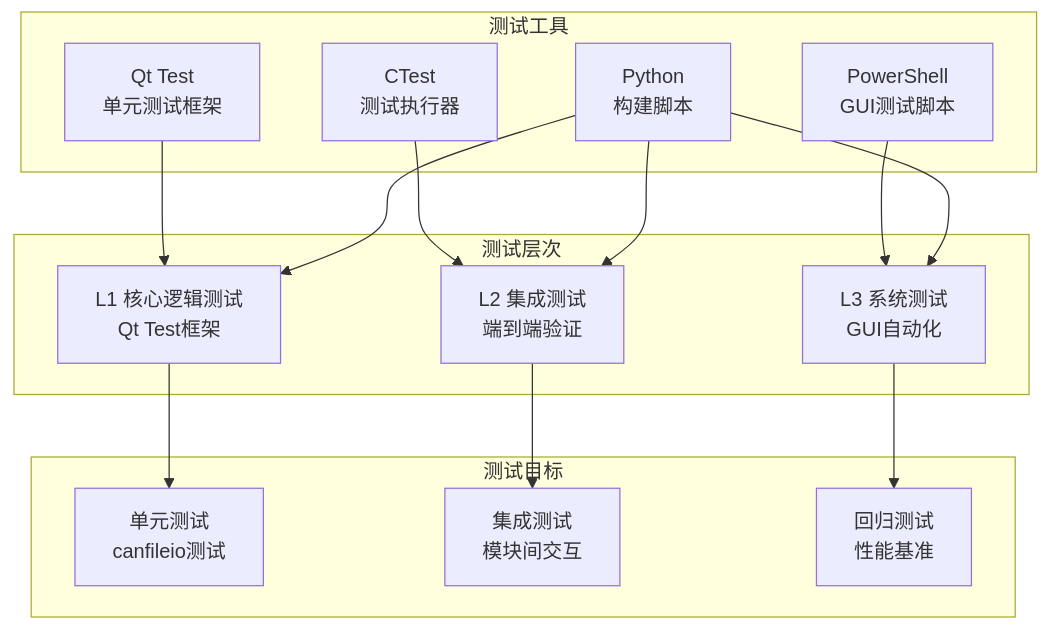
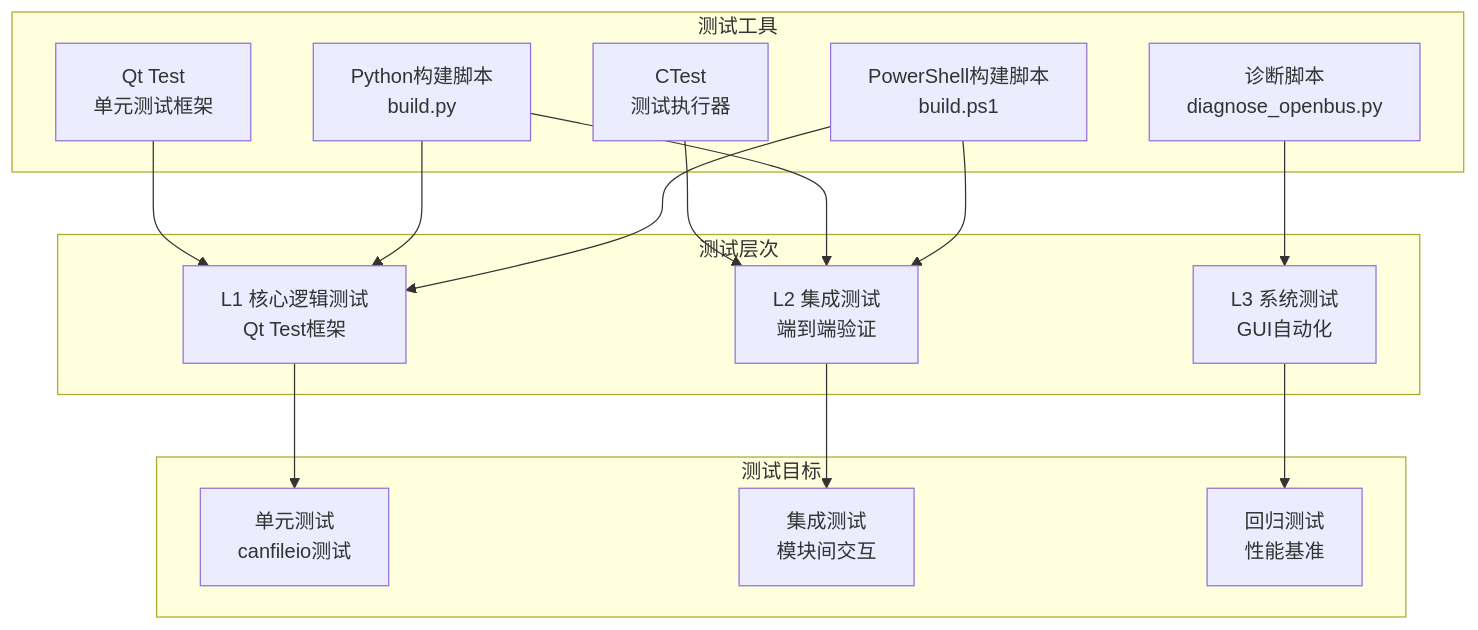
One commit to jakecai1225-design/OpenBus changed the third of 4 diagrams in .qoder/repowiki/zh/content/开发指南/开发指南.md. Above: the diagram before and after it, drawn with Mermaid. The commit also changed other lines of this file and 151 other files, not shown here.

````diff
--- a/.qoder/repowiki/zh/content/开发指南/开发指南.md
+++ b/.qoder/repowiki/zh/content/开发指南/开发指南.md
@@ -565,28 +598,30 @@
 ```mermaid
 graph TB
 subgraph "测试层次"
 L1["L1 核心逻辑测试<br/>Qt Test框架"]
 L2["L2 集成测试<br/>端到端验证"]
 L3["L3 系统测试<br/>GUI自动化"]
 end
 subgraph "测试工具"
 QTTEST["Qt Test<br/>单元测试框架"]
 CTEST["CTest<br/>测试执行器"]
-PS["PowerShell<br/>GUI测试脚本"]
-PY["Python<br/>构建脚本"]
+PY_BUILD["Python构建脚本<br/>build.py"]
+PS_BUILD["PowerShell构建脚本<br/>build.ps1"]
+DIAG["诊断脚本<br/>diagnose_openbus.py"]
 end
 subgraph "测试目标"
 UNIT["单元测试<br/>canfileio测试"]
 INTEGRATION["集成测试<br/>模块间交互"]
 REGRESSION["回归测试<br/>性能基准"]
 end
 L1 --> UNIT
 L2 --> INTEGRATION
 L3 --> REGRESSION
 QTTEST --> L1
 CTEST --> L2
-PS --> L3
-PY --> L1
-PY --> L2
-PY --> L3
+PY_BUILD --> L1
+PY_BUILD --> L2
+PS_BUILD --> L1
+PS_BUILD --> L2
+DIAG --> L3
 ```
````
